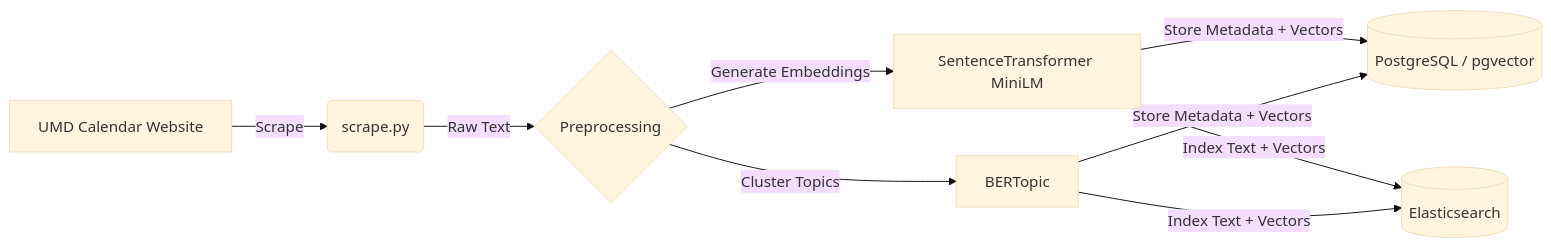
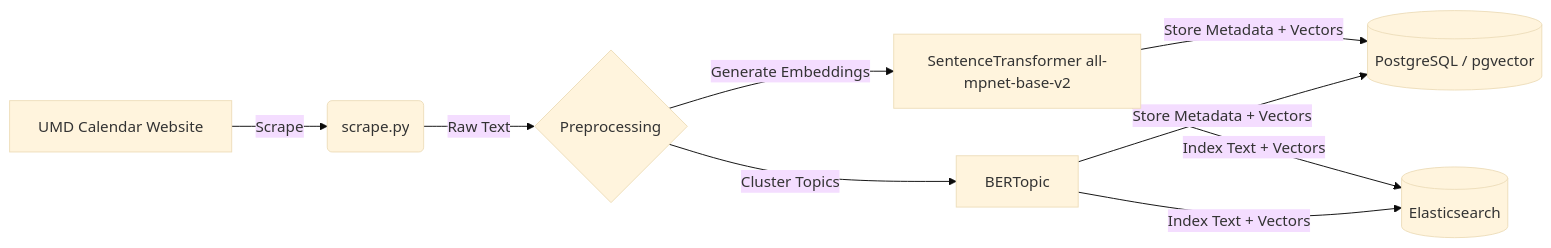
The first of 2 diagrams in README.md (blank4hd/Testudobot_UMD_Event_DialogSystem), drawn with Mermaid (base theme) before and after one commit. The commit also changed other lines of this file and 29 other files, not shown here.

````diff
--- a/README.md
+++ b/README.md
@@ -48,9 +46,9 @@
 ```mermaid
 flowchart LR
     A[UMD Calendar Website] -->|Scrape| B(scrape.py)
     B -->|Raw Text| C{Preprocessing}
-    C -->|Generate Embeddings| D[SentenceTransformer MiniLM]
+    C -->|Generate Embeddings| D[SentenceTransformer all-mpnet-base-v2]
     C -->|Cluster Topics| E[BERTopic]
     D & E -->|Store Metadata + Vectors| F[(PostgreSQL / pgvector)]
     D & E -->|Index Text + Vectors| G[(Elasticsearch)]
 ```
````
